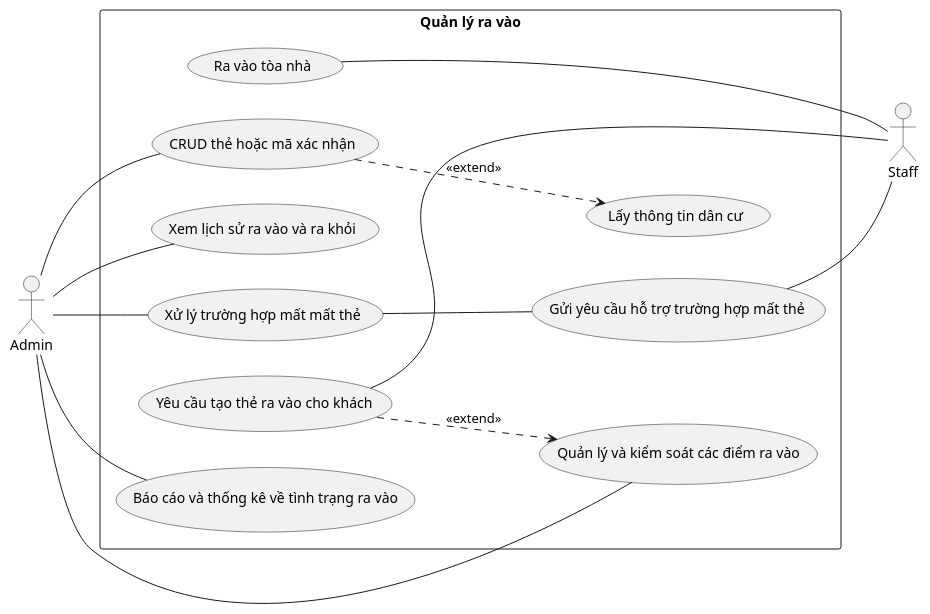
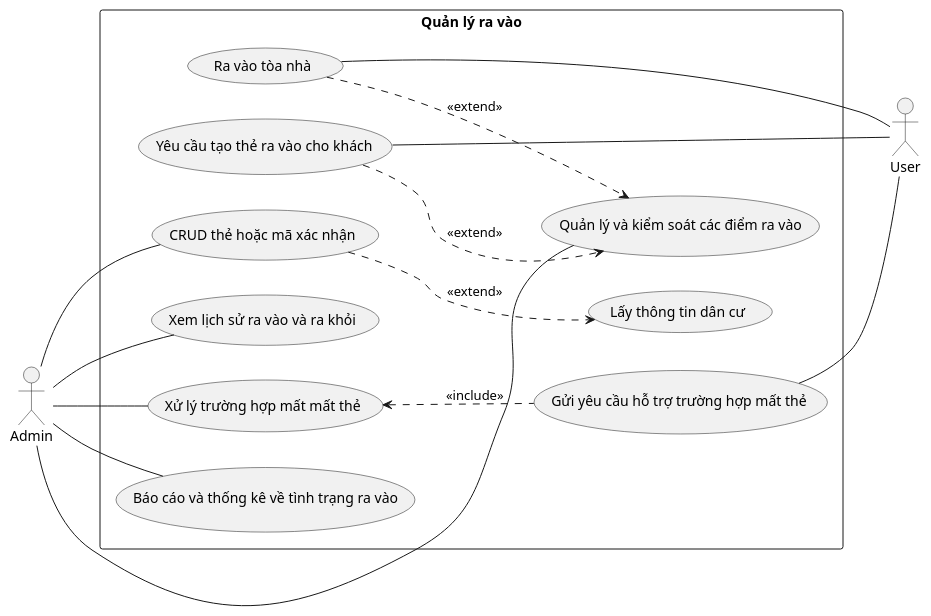
One commit to QuickyBooster/SE357-Pratice-class changed the diagram in Lab1/Lab1.2/Usecase/Quản lý ra vào.plantuml. Above: the diagram before and after it, drawn with PlantUML. The commit also changed 4 other files, not shown here.

```diff
--- a/Lab1/Lab1.2/Usecase/Quản lý ra vào.plantuml
+++ b/Lab1/Lab1.2/Usecase/Quản lý ra vào.plantuml
@@ -1,31 +1,32 @@
 @startuml
 left to right direction
 
 actor Admin as C
-actor Staff as S
+actor User as U
 rectangle "Quản lý ra vào" {
   usecase (CRUD thẻ hoặc mã xác nhận) as UC2
   (UC2)..>(Lấy thông tin dân cư):<<extend>>
   usecase (Xem lịch sử ra vào và ra khỏi) as UC3
   usecase (Quản lý và kiểm soát các điểm ra vào) as UC4
   usecase (Xử lý trường hợp mất mất thẻ) as UC5
   usecase (Báo cáo và thống kê về tình trạng ra vào) as UC6
 
   usecase "Yêu cầu tạo thẻ ra vào cho khách" as UC7
   usecase "Ra vào tòa nhà" as UC8
   usecase "Gửi yêu cầu hỗ trợ trường hợp mất thẻ " as UC10
 }
 UC7 ..> UC4:<<extend>>
 C--UC2
 C--UC3
 C--UC4
 C--UC5
 C--UC6
-UC7--S
-UC8--S
-UC10--S
-UC5 -- UC10
+UC8 ..> UC4:<<extend>>
+UC5 <.. UC10:<<include>>
+UC7--U
+UC8--U
+UC10--U
 
 
 
 @enduml
```
